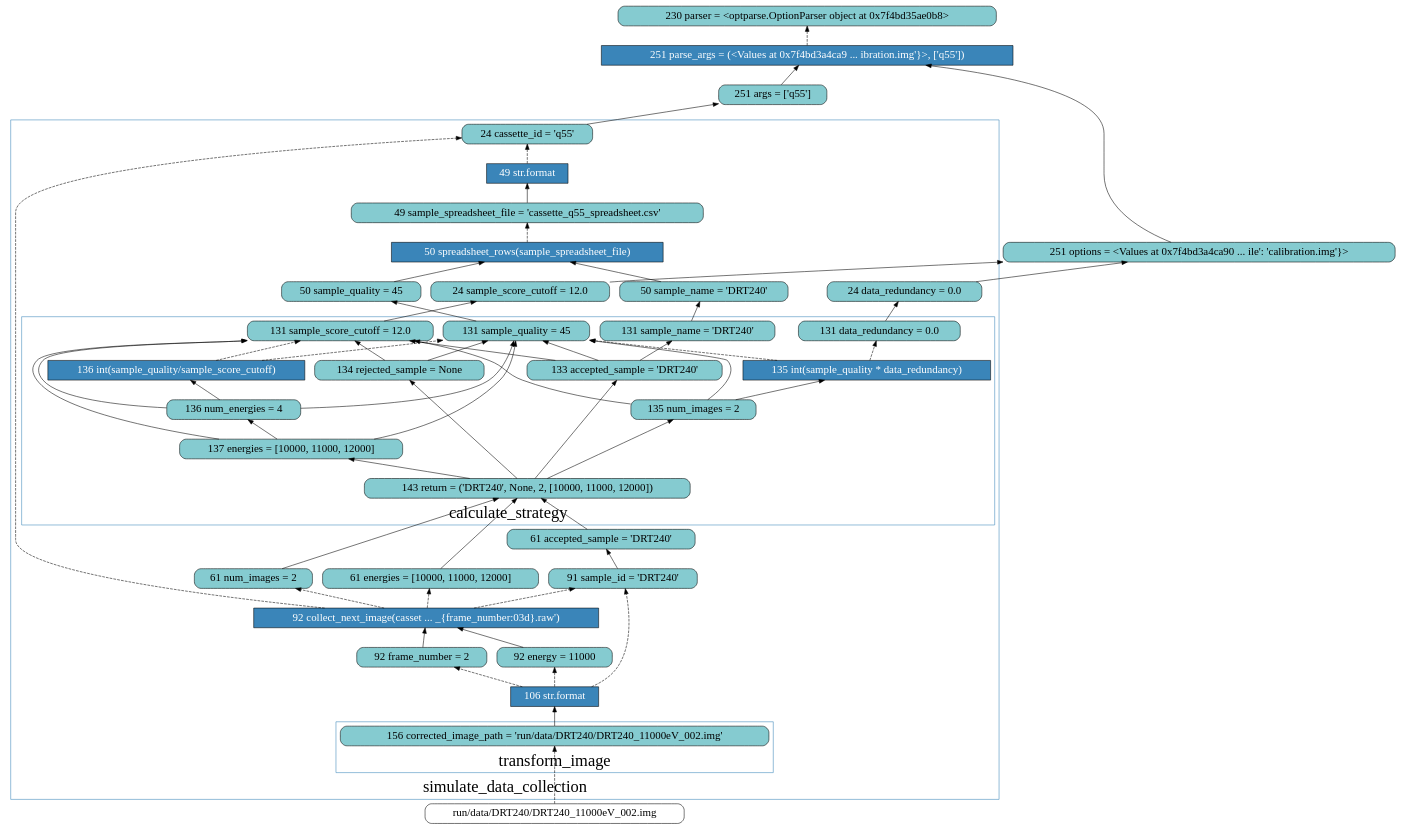
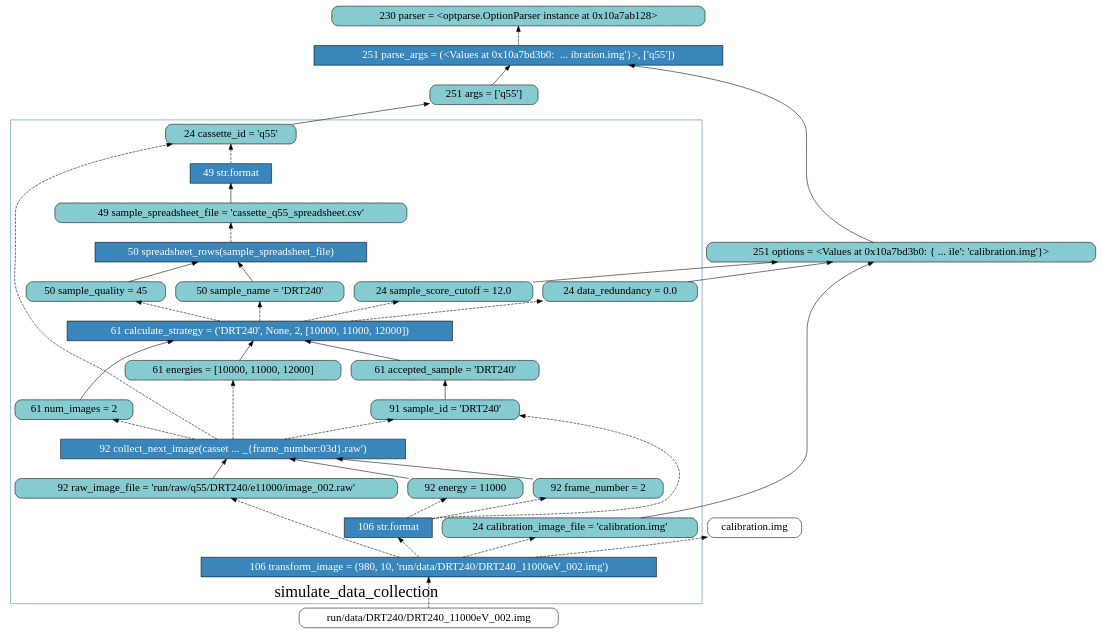
The diagram in examples/simulate_data_collection/nw_filtered_lineage_graph.gv (yesworkflow-org/yw-noworkflow), drawn with Graphviz before and after one commit. The commit also changed 38 other files, not shown here.

```diff
--- a/examples/simulate_data_collection/nw_filtered_lineage_graph.gv
+++ b/examples/simulate_data_collection/nw_filtered_lineage_graph.gv
@@ -1,354 +1,84 @@
 digraph dependency {
     rankdir=BT;
     node[fontsize=20]
+    subgraph cluster_2  {
+        color="#3A85B9";
+        fontsize=30;
+        label = "run_logger";
+    }
     subgraph cluster_3  {
         color="#3A85B9";
         fontsize=30;
-        label = "module.__build_class__";
-        subgraph cluster_4  {
-            color="#3A85B9";
-            fontsize=30;
-            label = "run_logger";
-        }
+        label = "new_image_file";
     }
-    subgraph cluster_5  {
-        color="#3A85B9";
-        fontsize=30;
-        label = "module.__build_class__";
-        subgraph cluster_6  {
-            color="#3A85B9";
-            fontsize=30;
-            label = "new_image_file";
-        }
-    }
-    v_1_56 [label="230 parser = <optparse.OptionParser object at 0x7f4bd35ae0b8>" fillcolor="#85CBD0" fontcolor="black" shape="box" style="rounded,filled"];
-    v_1_72 [label="251 parse_args = (<Values at 0x7f4bd3a4ca9 ... ibration.img'}>, ['q55'])" fillcolor="#3A85B9" fontcolor="white" shape="box" style="filled"];
-    v_1_73 [label="251 args = ['q55']" fillcolor="#85CBD0" fontcolor="black" shape="box" style="rounded,filled"];
-    v_1_74 [label="251 options = <Values at 0x7f4bd3a4ca90 ... ile': 'calibration.img'}>" fillcolor="#85CBD0" fontcolor="black" shape="box" style="rounded,filled"];
-    subgraph cluster_14  {
+    v_1_49 [label="230 parser = <optparse.OptionParser instance at 0x10a7ab128>" fillcolor="#85CBD0" fontcolor="black" shape="box" style="rounded,filled"];
+    v_1_66 [label="251 parse_args = (<Values at 0x10a7bd3b0:  ... ibration.img'}>, ['q55'])" fillcolor="#3A85B9" fontcolor="white" shape="box" style="filled"];
+    v_1_67 [label="251 args = ['q55']" fillcolor="#85CBD0" fontcolor="black" shape="box" style="rounded,filled"];
+    v_1_68 [label="251 options = <Values at 0x10a7bd3b0: { ... ile': 'calibration.img'}>" fillcolor="#85CBD0" fontcolor="black" shape="box" style="rounded,filled"];
+    subgraph cluster_11  {
         color="#3A85B9";
         fontsize=30;
         label = "simulate_data_collection";
-        v_14_80 [label="24 cassette_id = 'q55'" fillcolor="#85CBD0" fontcolor="black" shape="box" style="rounded,filled"];
-        v_14_81 [label="24 sample_score_cutoff = 12.0" fillcolor="#85CBD0" fontcolor="black" shape="box" style="rounded,filled"];
-        v_14_82 [label="24 data_redundancy = 0.0" fillcolor="#85CBD0" fontcolor="black" shape="box" style="rounded,filled"];
-        v_14_80 [label="24 cassette_id = 'q55'" fillcolor="#85CBD0" fontcolor="black" shape="box" style="rounded,filled"];
-        v_14_81 [label="24 sample_score_cutoff = 12.0" fillcolor="#85CBD0" fontcolor="black" shape="box" style="rounded,filled"];
-        v_14_82 [label="24 data_redundancy = 0.0" fillcolor="#85CBD0" fontcolor="black" shape="box" style="rounded,filled"];
-        subgraph cluster_22  {
-            color="#3A85B9";
-            fontsize=30;
-            label = "__init__";
-        }
-        subgraph cluster_25  {
-            color="#3A85B9";
-            fontsize=30;
-            label = "write";
-        }
-        subgraph cluster_32  {
-            color="#3A85B9";
-            fontsize=30;
-            label = "write";
-        }
-        v_14_197 [label="49 str.format" fillcolor="#3A85B9" fontcolor="white" shape="box" style="filled"];
-        v_14_198 [label="49 sample_spreadsheet_file = 'cassette_q55_spreadsheet.csv'" fillcolor="#85CBD0" fontcolor="black" shape="box" style="rounded,filled"];
-        v_14_219 [label="50 spreadsheet_rows(sample_spreadsheet_file)" fillcolor="#3A85B9" fontcolor="white" shape="box" style="filled"];
-        subgraph cluster_46  {
-            color="#3A85B9";
-            fontsize=30;
-            label = "write";
-        }
-        subgraph cluster_53  {
-            color="#3A85B9";
-            fontsize=30;
-            label = "calculate_strategy";
-        }
-        subgraph cluster_55  {
-            color="#3A85B9";
-            fontsize=30;
-            label = "write";
-        }
-        subgraph cluster_68  {
-            color="#3A85B9";
-            fontsize=30;
-            label = "write";
-        }
-        v_14_361 [label="50 sample_name = 'DRT240'" fillcolor="#85CBD0" fontcolor="black" shape="box" style="rounded,filled"];
-        v_14_362 [label="50 sample_quality = 45" fillcolor="#85CBD0" fontcolor="black" shape="box" style="rounded,filled"];
-        subgraph cluster_75  {
-            color="#3A85B9";
-            fontsize=30;
-            label = "calculate_strategy";
-            v_75_377 [label="143 return = ('DRT240', None, 2, [10000, 11000, 12000])" fillcolor="#85CBD0" fontcolor="black" shape="box" style="rounded,filled"];
-            v_75_363 [label="131 sample_name = 'DRT240'" fillcolor="#85CBD0" fontcolor="black" shape="box" style="rounded,filled"];
-            v_75_364 [label="131 sample_quality = 45" fillcolor="#85CBD0" fontcolor="black" shape="box" style="rounded,filled"];
-            v_75_365 [label="131 sample_score_cutoff = 12.0" fillcolor="#85CBD0" fontcolor="black" shape="box" style="rounded,filled"];
-            v_75_366 [label="131 data_redundancy = 0.0" fillcolor="#85CBD0" fontcolor="black" shape="box" style="rounded,filled"];
-            v_75_363 [label="131 sample_name = 'DRT240'" fillcolor="#85CBD0" fontcolor="black" shape="box" style="rounded,filled"];
-            v_75_364 [label="131 sample_quality = 45" fillcolor="#85CBD0" fontcolor="black" shape="box" style="rounded,filled"];
-            v_75_365 [label="131 sample_score_cutoff = 12.0" fillcolor="#85CBD0" fontcolor="black" shape="box" style="rounded,filled"];
-            v_75_366 [label="131 data_redundancy = 0.0" fillcolor="#85CBD0" fontcolor="black" shape="box" style="rounded,filled"];
-            v_75_368 [label="133 accepted_sample = 'DRT240'" fillcolor="#85CBD0" fontcolor="black" shape="box" style="rounded,filled"];
-            v_75_369 [label="134 rejected_sample = None" fillcolor="#85CBD0" fontcolor="black" shape="box" style="rounded,filled"];
-            v_75_370 [label="135 num_images = 2" fillcolor="#85CBD0" fontcolor="black" shape="box" style="rounded,filled"];
-            v_75_371 [label="135 int(sample_quality * data_redundancy)" fillcolor="#3A85B9" fontcolor="white" shape="box" style="filled"];
-            v_75_373 [label="136 num_energies = 4" fillcolor="#85CBD0" fontcolor="black" shape="box" style="rounded,filled"];
-            v_75_374 [label="136 int(sample_quality/sample_score_cutoff)" fillcolor="#3A85B9" fontcolor="white" shape="box" style="filled"];
-            v_75_376 [label="137 energies = [10000, 11000, 12000]" fillcolor="#85CBD0" fontcolor="black" shape="box" style="rounded,filled"];
-            v_75_377 [label="143 return = ('DRT240', None, 2, [10000, 11000, 12000])" fillcolor="#85CBD0" fontcolor="black" shape="box" style="rounded,filled"];
-        }
-        v_14_379 [label="61 num_images = 2" fillcolor="#85CBD0" fontcolor="black" shape="box" style="rounded,filled"];
-        v_14_381 [label="61 energies = [10000, 11000, 12000]" fillcolor="#85CBD0" fontcolor="black" shape="box" style="rounded,filled"];
-        v_14_382 [label="61 accepted_sample = 'DRT240'" fillcolor="#85CBD0" fontcolor="black" shape="box" style="rounded,filled"];
-        subgraph cluster_77  {
-            color="#3A85B9";
-            fontsize=30;
-            label = "write";
-        }
-        v_14_417 [label="91 sample_id = 'DRT240'" fillcolor="#85CBD0" fontcolor="black" shape="box" style="rounded,filled"];
-        v_14_453 [label="92 collect_next_image(casset ... _{frame_number:03d}.raw')" fillcolor="#3A85B9" fontcolor="white" shape="box" style="filled"];
-        subgraph cluster_94  {
-            color="#3A85B9";
-            fontsize=30;
-            label = "write";
-        }
-        subgraph cluster_102  {
-            color="#3A85B9";
-            fontsize=30;
-            label = "transform_image";
-        }
-        subgraph cluster_131  {
-            color="#3A85B9";
-            fontsize=30;
-            label = "write";
-        }
-        subgraph cluster_151  {
-            color="#3A85B9";
-            fontsize=30;
-            label = "write";
-        }
-        subgraph cluster_159  {
-            color="#3A85B9";
-            fontsize=30;
-            label = "transform_image";
-        }
-        subgraph cluster_188  {
-            color="#3A85B9";
-            fontsize=30;
-            label = "write";
-        }
-        subgraph cluster_208  {
-            color="#3A85B9";
-            fontsize=30;
-            label = "write";
-        }
-        subgraph cluster_216  {
-            color="#3A85B9";
-            fontsize=30;
-            label = "transform_image";
-        }
-        subgraph cluster_245  {
-            color="#3A85B9";
-            fontsize=30;
-            label = "write";
-        }
-        subgraph cluster_265  {
-            color="#3A85B9";
-            fontsize=30;
-            label = "write";
-        }
-        v_14_1511 [label="92 energy = 11000" fillcolor="#85CBD0" fontcolor="black" shape="box" style="rounded,filled"];
-        v_14_1512 [label="92 frame_number = 2" fillcolor="#85CBD0" fontcolor="black" shape="box" style="rounded,filled"];
-        v_14_1517 [label="106 str.format" fillcolor="#3A85B9" fontcolor="white" shape="box" style="filled"];
-        subgraph cluster_273  {
-            color="#3A85B9";
-            fontsize=30;
-            label = "transform_image";
-            v_273_1519 [label="156 corrected_image_path = 'run/data/DRT240/DRT240_11000eV_002.img'" fillcolor="#85CBD0" fontcolor="black" shape="box" style="rounded,filled"];
-            v_273_1519 [label="156 corrected_image_path = 'run/data/DRT240/DRT240_11000eV_002.img'" fillcolor="#85CBD0" fontcolor="black" shape="box" style="rounded,filled"];
-        }
-        subgraph cluster_302  {
-            color="#3A85B9";
-            fontsize=30;
-            label = "write";
-        }
-        subgraph cluster_322  {
-            color="#3A85B9";
-            fontsize=30;
-            label = "write";
-        }
-        subgraph cluster_330  {
-            color="#3A85B9";
-            fontsize=30;
-            label = "transform_image";
-        }
-        subgraph cluster_359  {
-            color="#3A85B9";
-            fontsize=30;
-            label = "write";
-        }
-        subgraph cluster_379  {
-            color="#3A85B9";
-            fontsize=30;
-            label = "write";
-        }
-        subgraph cluster_387  {
-            color="#3A85B9";
-            fontsize=30;
-            label = "transform_image";
-        }
-        subgraph cluster_416  {
-            color="#3A85B9";
-            fontsize=30;
-            label = "write";
-        }
-        subgraph cluster_426  {
-            color="#3A85B9";
-            fontsize=30;
-            label = "collect_next_image";
-        }
-        subgraph cluster_430  {
-            color="#3A85B9";
-            fontsize=30;
-            label = "write";
-        }
-        subgraph cluster_437  {
-            color="#3A85B9";
-            fontsize=30;
-            label = "calculate_strategy";
-        }
-        subgraph cluster_439  {
-            color="#3A85B9";
-            fontsize=30;
-            label = "write";
-        }
-        subgraph cluster_456  {
-            color="#3A85B9";
-            fontsize=30;
-            label = "write";
-        }
-        subgraph cluster_464  {
-            color="#3A85B9";
-            fontsize=30;
-            label = "transform_image";
-        }
-        subgraph cluster_493  {
-            color="#3A85B9";
-            fontsize=30;
-            label = "write";
-        }
-        subgraph cluster_513  {
-            color="#3A85B9";
-            fontsize=30;
-            label = "write";
-        }
-        subgraph cluster_521  {
-            color="#3A85B9";
-            fontsize=30;
-            label = "transform_image";
-        }
-        subgraph cluster_550  {
-            color="#3A85B9";
-            fontsize=30;
-            label = "write";
-        }
-        subgraph cluster_570  {
-            color="#3A85B9";
-            fontsize=30;
-            label = "write";
-        }
-        subgraph cluster_578  {
-            color="#3A85B9";
-            fontsize=30;
-            label = "transform_image";
-        }
-        subgraph cluster_607  {
-            color="#3A85B9";
-            fontsize=30;
-            label = "write";
-        }
-        subgraph cluster_627  {
-            color="#3A85B9";
-            fontsize=30;
-            label = "write";
-        }
-        subgraph cluster_635  {
-            color="#3A85B9";
-            fontsize=30;
-            label = "transform_image";
-        }
-        subgraph cluster_664  {
-            color="#3A85B9";
-            fontsize=30;
-            label = "write";
-        }
-        subgraph cluster_674  {
-            color="#3A85B9";
-            fontsize=30;
-            label = "collect_next_image";
-        }
-        subgraph cluster_675  {
-            color="#3A85B9";
-            fontsize=30;
-            label = "spreadsheet_rows";
-        }
-        subgraph cluster_677  {
-            color="#3A85B9";
-            fontsize=30;
-            label = "__exit__";
-        }
+        v_11_74 [label="24 cassette_id = 'q55'" fillcolor="#85CBD0" fontcolor="black" shape="box" style="rounded,filled"];
+        v_11_75 [label="24 sample_score_cutoff = 12.0" fillcolor="#85CBD0" fontcolor="black" shape="box" style="rounded,filled"];
+        v_11_76 [label="24 data_redundancy = 0.0" fillcolor="#85CBD0" fontcolor="black" shape="box" style="rounded,filled"];
+        v_11_77 [label="24 calibration_image_file = 'calibration.img'" fillcolor="#85CBD0" fontcolor="black" shape="box" style="rounded,filled"];
+        v_11_74 [label="24 cassette_id = 'q55'" fillcolor="#85CBD0" fontcolor="black" shape="box" style="rounded,filled"];
+        v_11_75 [label="24 sample_score_cutoff = 12.0" fillcolor="#85CBD0" fontcolor="black" shape="box" style="rounded,filled"];
+        v_11_76 [label="24 data_redundancy = 0.0" fillcolor="#85CBD0" fontcolor="black" shape="box" style="rounded,filled"];
+        v_11_77 [label="24 calibration_image_file = 'calibration.img'" fillcolor="#85CBD0" fontcolor="black" shape="box" style="rounded,filled"];
+        v_11_191 [label="49 str.format" fillcolor="#3A85B9" fontcolor="white" shape="box" style="filled"];
+        v_11_192 [label="49 sample_spreadsheet_file = 'cassette_q55_spreadsheet.csv'" fillcolor="#85CBD0" fontcolor="black" shape="box" style="rounded,filled"];
+        v_11_214 [label="50 spreadsheet_rows(sample_spreadsheet_file)" fillcolor="#3A85B9" fontcolor="white" shape="box" style="filled"];
+        v_11_357 [label="50 sample_name = 'DRT240'" fillcolor="#85CBD0" fontcolor="black" shape="box" style="rounded,filled"];
+        v_11_358 [label="50 sample_quality = 45" fillcolor="#85CBD0" fontcolor="black" shape="box" style="rounded,filled"];
+        v_11_374 [label="61 calculate_strategy = ('DRT240', None, 2, [10000, 11000, 12000])" fillcolor="#3A85B9" fontcolor="white" shape="box" style="filled"];
+        v_11_376 [label="61 energies = [10000, 11000, 12000]" fillcolor="#85CBD0" fontcolor="black" shape="box" style="rounded,filled"];
+        v_11_377 [label="61 num_images = 2" fillcolor="#85CBD0" fontcolor="black" shape="box" style="rounded,filled"];
+        v_11_378 [label="61 accepted_sample = 'DRT240'" fillcolor="#85CBD0" fontcolor="black" shape="box" style="rounded,filled"];
+        v_11_413 [label="91 sample_id = 'DRT240'" fillcolor="#85CBD0" fontcolor="black" shape="box" style="rounded,filled"];
+        v_11_451 [label="92 collect_next_image(casset ... _{frame_number:03d}.raw')" fillcolor="#3A85B9" fontcolor="white" shape="box" style="filled"];
+        v_11_1495 [label="92 energy = 11000" fillcolor="#85CBD0" fontcolor="black" shape="box" style="rounded,filled"];
+        v_11_1496 [label="92 frame_number = 2" fillcolor="#85CBD0" fontcolor="black" shape="box" style="rounded,filled"];
+        v_11_1498 [label="92 raw_image_file = 'run/raw/q55/DRT240/e11000/image_002.raw'" fillcolor="#85CBD0" fontcolor="black" shape="box" style="rounded,filled"];
+        v_11_1501 [label="106 str.format" fillcolor="#3A85B9" fontcolor="white" shape="box" style="filled"];
+        v_11_1707 [label="106 transform_image = (980, 10, 'run/data/DRT240/DRT240_11000eV_002.img')" fillcolor="#3A85B9" fontcolor="white" shape="box" style="filled"];
     }
+    a_7 [label="calibration.img" fillcolor="white" fontcolor="black" shape="box" style="rounded,filled"];
     a_23 [label="run/data/DRT240/DRT240_11000eV_002.img" fillcolor="white" fontcolor="black" shape="box" style="rounded,filled"];
-    v_75_377 -> v_75_376 [style=""];
-    v_75_366 -> v_14_82 [style=""];
-    v_75_364 -> v_14_362 [style=""];
-    v_75_377 -> v_75_369 [style=""];
-    v_75_368 -> v_75_365 [style=""];
-    v_14_198 -> v_14_197 [style=""];
-    v_75_374 -> v_75_365 [style="dashed"];
-    v_75_370 -> v_75_365 [style=""];
-    v_14_81 -> v_1_74 [style=""];
-    v_14_82 -> v_1_74 [style=""];
-    v_75_363 -> v_14_361 [style=""];
-    v_75_377 -> v_75_368 [style=""];
-    v_14_1517 -> v_14_1511 [style="dashed"];
-    v_14_219 -> v_14_198 [style="dashed"];
-    v_75_370 -> v_75_364 [style=""];
-    v_75_374 -> v_75_364 [style="dashed"];
-    v_75_373 -> v_75_374 [style=""];
-    v_273_1519 -> v_14_1517 [style=""];
-    v_75_369 -> v_75_365 [style=""];
-    v_14_80 -> v_1_73 [style=""];
-    v_14_381 -> v_75_377 [style=""];
-    v_75_365 -> v_14_81 [style=""];
-    v_1_72 -> v_1_56 [style="dashed"];
-    v_1_73 -> v_1_72 [style=""];
-    v_14_453 -> v_14_80 [style="dashed"];
-    v_14_362 -> v_14_219 [style=""];
-    v_14_382 -> v_75_377 [style=""];
-    v_1_74 -> v_1_72 [style=""];
-    v_75_369 -> v_75_364 [style=""];
-    a_23 -> v_273_1519 [style="dashed"];
-    v_14_197 -> v_14_80 [style="dashed"];
-    v_75_371 -> v_75_366 [style="dashed"];
-    v_75_377 -> v_75_370 [style=""];
-    v_75_371 -> v_75_364 [style="dashed"];
-    v_75_376 -> v_75_364 [style=""];
-    v_75_376 -> v_75_365 [style=""];
-    v_14_1517 -> v_14_1512 [style="dashed"];
-    v_14_361 -> v_14_219 [style=""];
-    v_75_368 -> v_75_363 [style=""];
-    v_75_370 -> v_75_371 [style=""];
-    v_14_453 -> v_14_417 [style="dashed"];
-    v_75_373 -> v_75_365 [style=""];
-    v_75_373 -> v_75_364 [style=""];
-    v_14_1517 -> v_14_417 [style="dashed"];
-    v_14_417 -> v_14_382 [style=""];
-    v_14_453 -> v_14_379 [style="dashed"];
-    v_14_1511 -> v_14_453 [style=""];
-    v_14_453 -> v_14_381 [style="dashed"];
-    v_14_379 -> v_75_377 [style=""];
-    v_75_376 -> v_75_373 [style=""];
-    v_75_368 -> v_75_364 [style=""];
-    v_14_1512 -> v_14_453 [style=""];
+    v_11_378 -> v_11_374 [style=""];
+    v_11_77 -> v_1_68 [style=""];
+    v_11_75 -> v_1_68 [style=""];
+    v_11_451 -> v_11_74 [style="dashed"];
+    v_11_451 -> v_11_413 [style="dashed"];
+    v_11_1707 -> v_11_77 [style="dashed"];
+    v_11_451 -> v_11_376 [style="dashed"];
+    v_11_1501 -> v_11_413 [style="dashed"];
+    v_11_357 -> v_11_214 [style=""];
+    a_23 -> v_11_1707 [style="dashed"];
+    v_11_214 -> v_11_192 [style="dashed"];
+    v_11_1498 -> v_11_451 [style=""];
+    v_11_74 -> v_1_67 [style=""];
+    v_1_68 -> v_1_66 [style=""];
+    v_11_1501 -> v_11_1495 [style="dashed"];
+    v_11_76 -> v_1_68 [style=""];
+    v_1_67 -> v_1_66 [style=""];
+    v_11_377 -> v_11_374 [style=""];
+    v_11_1495 -> v_11_451 [style=""];
+    v_11_1707 -> a_7 [style="dashed"];
+    v_11_374 -> v_11_76 [style="dashed"];
+    v_11_1707 -> v_11_1498 [style="dashed"];
+    v_11_1707 -> v_11_1501 [style="dashed"];
+    v_1_66 -> v_1_49 [style="dashed"];
+    v_11_451 -> v_11_377 [style="dashed"];
+    v_11_192 -> v_11_191 [style=""];
+    v_11_413 -> v_11_378 [style=""];
+    v_11_358 -> v_11_214 [style=""];
+    v_11_1496 -> v_11_451 [style=""];
+    v_11_374 -> v_11_358 [style="dashed"];
+    v_11_1501 -> v_11_1496 [style="dashed"];
+    v_11_376 -> v_11_374 [style=""];
+    v_11_191 -> v_11_74 [style="dashed"];
+    v_11_374 -> v_11_357 [style="dashed"];
+    v_11_374 -> v_11_75 [style="dashed"];
 }
```
